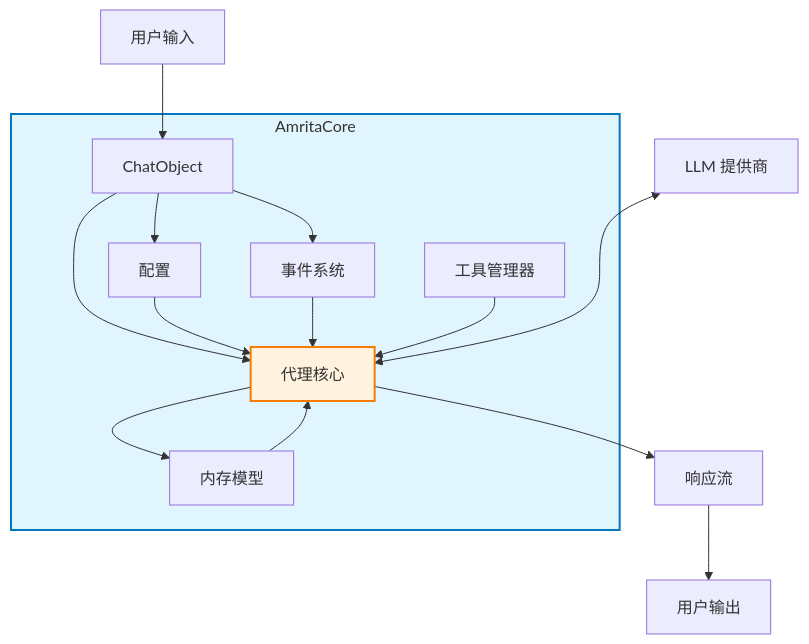
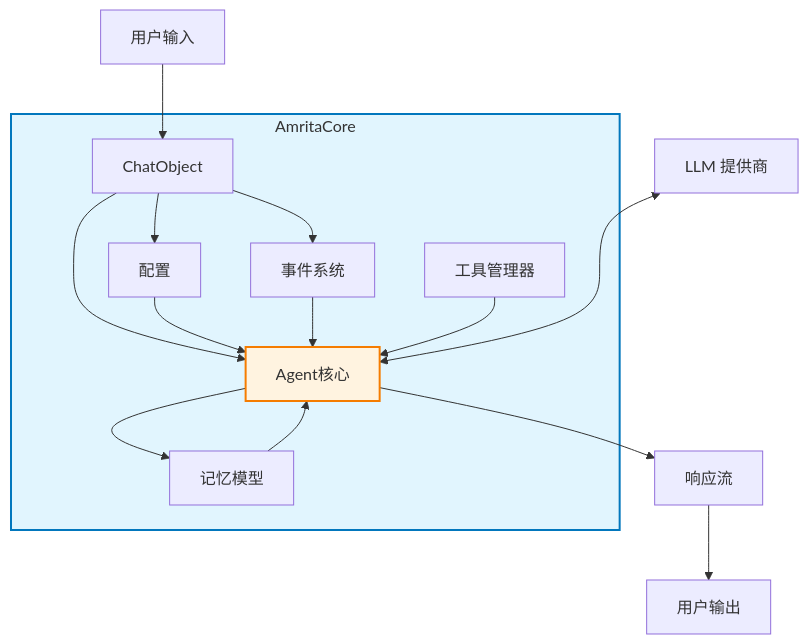
Before and after one commit to AmritaBot/AmritaCore: the first of 2 diagrams in docs/zh/guide/getting-started/architecture.md, drawn with Mermaid. The commit also changed other lines of this file and 34 other files, not shown here.

````diff
--- a/docs/zh/guide/getting-started/architecture.md
+++ b/docs/zh/guide/getting-started/architecture.md
@@ -5,29 +5,29 @@
 ```mermaid
 graph TB
     subgraph "AmritaCore"
         A[ChatObject]
         B[配置]
         C[事件系统]
         D[工具管理器]
-        E[内存模型]
-        F[代理核心]
+        E[记忆模型]
+        F[Agent核心]
     end
 
     用户输入 --> A
     A --> B
     A --> C
     A --> F
     B --> F
     C --> F
     D --> F
     E --> F
     F --> 响应流[响应流]
 
     响应流 --> 用户输出
     F --> E
 
     LLM[LLM 提供商] <---> F
 
     style AmritaCore fill:#e1f5fe,stroke:#0277bd,stroke-width:2px
     style F fill:#fff3e0,stroke:#f57c00,stroke-width:2px
 ```
````
